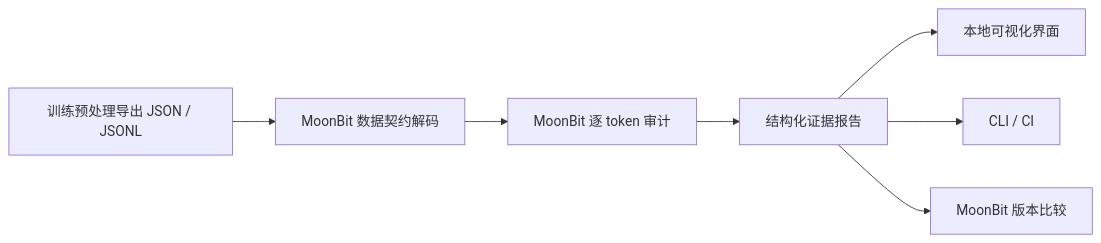
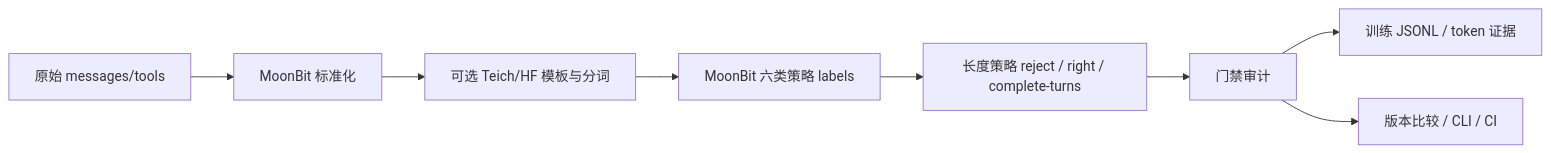
The diagram in docs/architecture.md (FidollarinLA/supervision-audit), drawn with Mermaid before and after one commit. The commit also changed other lines of this file and 5 other files, not shown here.

First line of the commit message:
Align architecture docs with the preparation workbench narrative.

````diff
--- a/docs/architecture.md
+++ b/docs/architecture.md
@@ -3,9 +5,10 @@
 ```mermaid
 flowchart LR
-  A[训练预处理导出 JSON / JSONL] --> B[MoonBit 数据契约解码]
-  B --> C[MoonBit 逐 token 审计]
-  C --> D[结构化证据报告]
-  D --> E[本地可视化界面]
-  D --> F[CLI / CI]
-  D --> G[MoonBit 版本比较]
+  R[原始 messages/tools] --> N[MoonBit 标准化]
+  N --> T[可选 Teich/HF 模板与分词]
+  T --> L[MoonBit 六类策略 labels]
+  L --> S[长度策略 reject / right / complete-turns]
+  S --> G[门禁审计]
+  G --> J[训练 JSONL / token 证据]
+  G --> C[版本比较 / CLI / CI]
 ```
````
